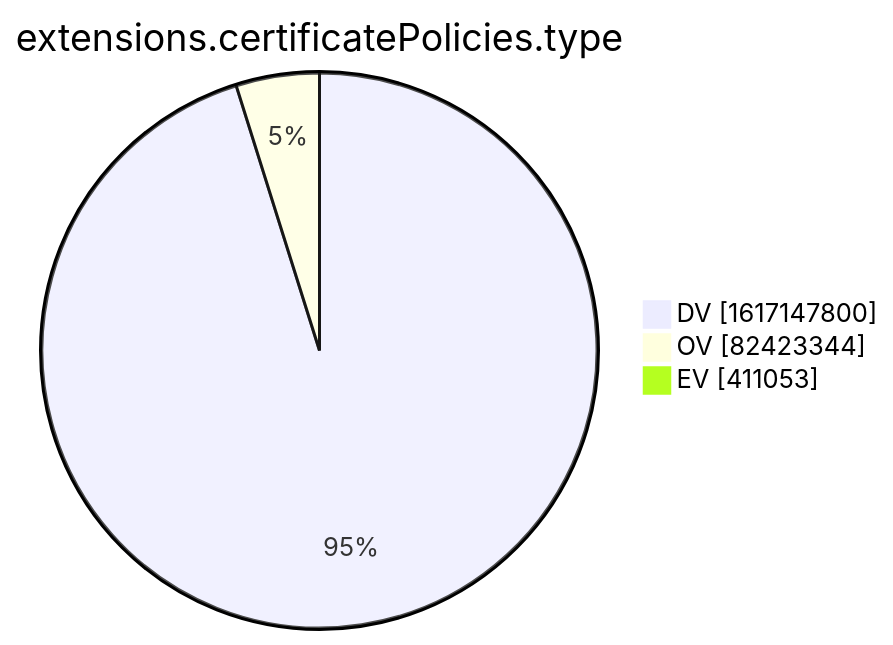
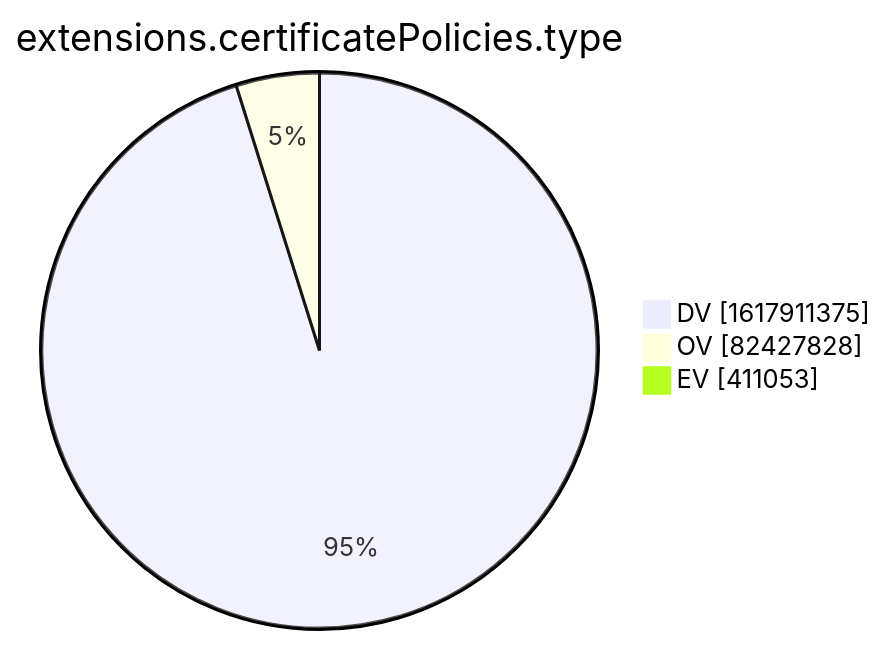
Before and after one commit to christiankrug/ctmonitor_visualization: the tenth of 15 diagrams in xenon2022/README.md, drawn with Mermaid. The commit also changed other lines of this file, not shown here.

````diff
--- a/xenon2022/README.md
+++ b/xenon2022/README.md
@@ -2878,7 +2878,7 @@
 ```mermaid
 pie showData
 title extensions.certificatePolicies.type
-"DV" :1617147800
-"OV" :82423344
+"DV" :1617911375
+"OV" :82427828
 "EV" :411053
 ```
````
